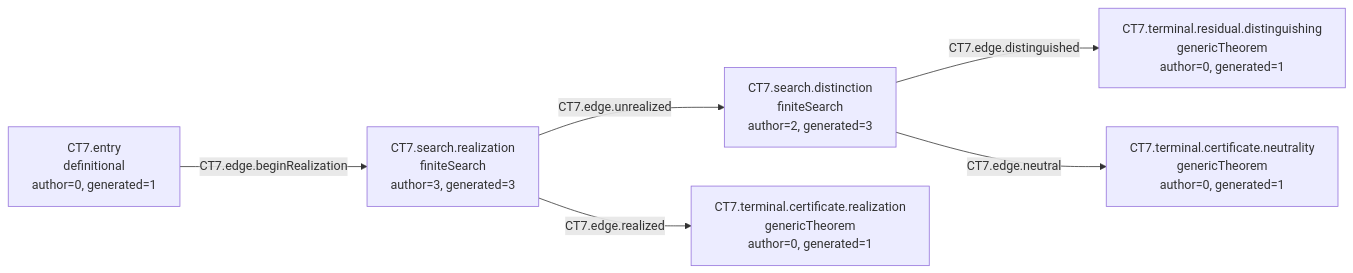
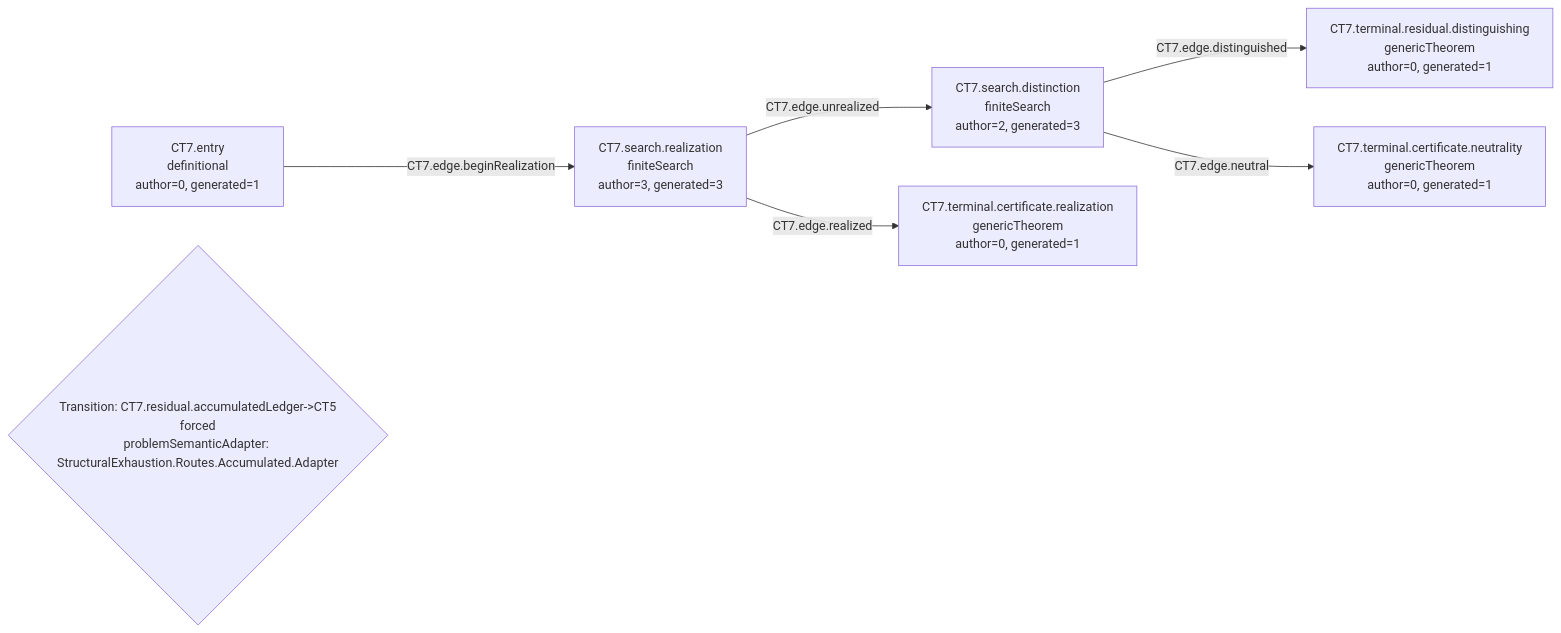
Before and after one commit to Guillemdb/structural_exhaustion: the diagram in generated/mermaid/CT7.mmd, drawn with Mermaid. The commit also changed 189 other files, not shown here.

```diff
--- a/generated/mermaid/CT7.mmd
+++ b/generated/mermaid/CT7.mmd
@@ -1,12 +1,13 @@
 flowchart LR
   N1["CT7.entry<br/>definitional<br/>author=0, generated=1"]
   N2["CT7.search.realization<br/>finiteSearch<br/>author=3, generated=3"]
   N3["CT7.search.distinction<br/>finiteSearch<br/>author=2, generated=3"]
   N4["CT7.terminal.certificate.realization<br/>genericTheorem<br/>author=0, generated=1"]
   N5["CT7.terminal.residual.distinguishing<br/>genericTheorem<br/>author=0, generated=1"]
   N6["CT7.terminal.certificate.neutrality<br/>genericTheorem<br/>author=0, generated=1"]
   N1 -->|CT7.edge.beginRealization| N2
   N2 -->|CT7.edge.realized| N4
   N2 -->|CT7.edge.unrealized| N3
   N3 -->|CT7.edge.distinguished| N5
   N3 -->|CT7.edge.neutral| N6
+  P1{"Transition: CT7.residual.accumulatedLedger->CT5<br/>forced<br/>problemSemanticAdapter: StructuralExhaustion.Routes.Accumulated.Adapter"}
```
